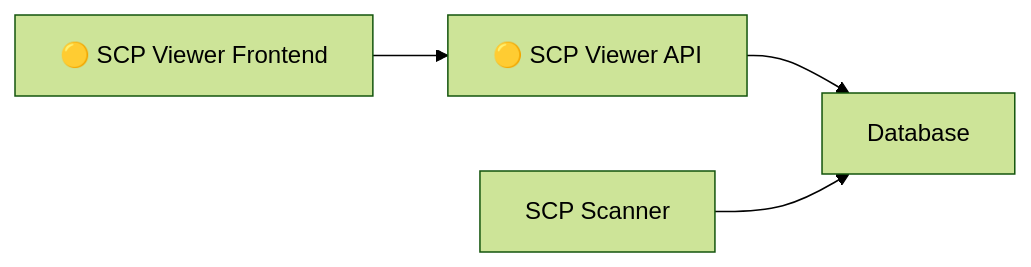
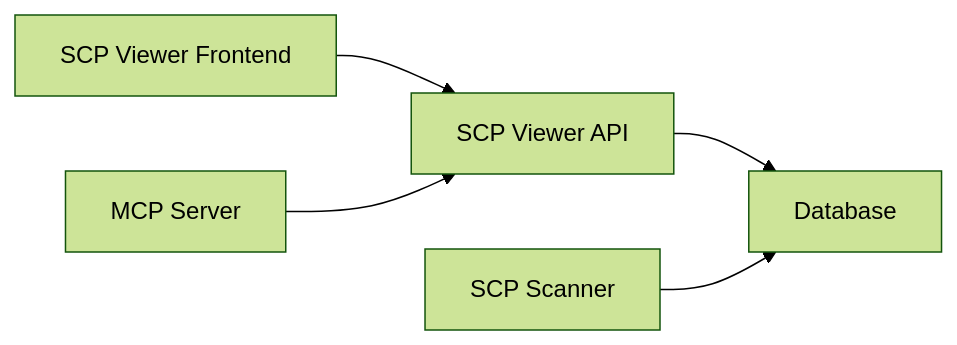
Before and after one commit to krackenservices/scp-viewer: the diagram in README.md, drawn with Mermaid (forest theme). The commit also changed other lines of this file and 13 other files, not shown here.

````diff
--- a/README.md
+++ b/README.md
@@ -62,16 +7,18 @@
 ```mermaid
 flowchart LR
 
     %% Systems
-    api["🟡 SCP Viewer API"]
+    api["SCP Viewer API"]
     database["Database"]
     scanner["SCP Scanner"]
-    viewer["🟡 SCP Viewer Frontend"]
+    viewer["SCP Viewer Frontend"]
+    mcp["MCP Server"]
 
     %% Dependencies
     api --> database
     scanner --> database
     viewer --> api
+    mcp --> api
 
     %% Styling
 ```
````
